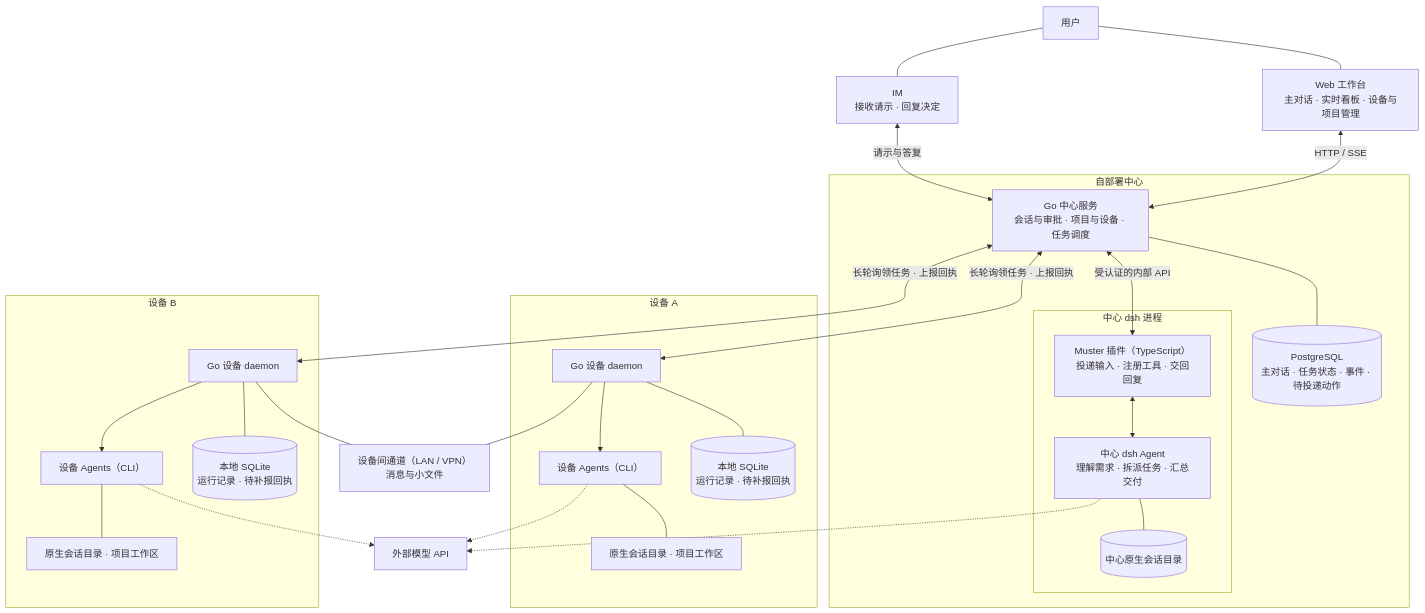
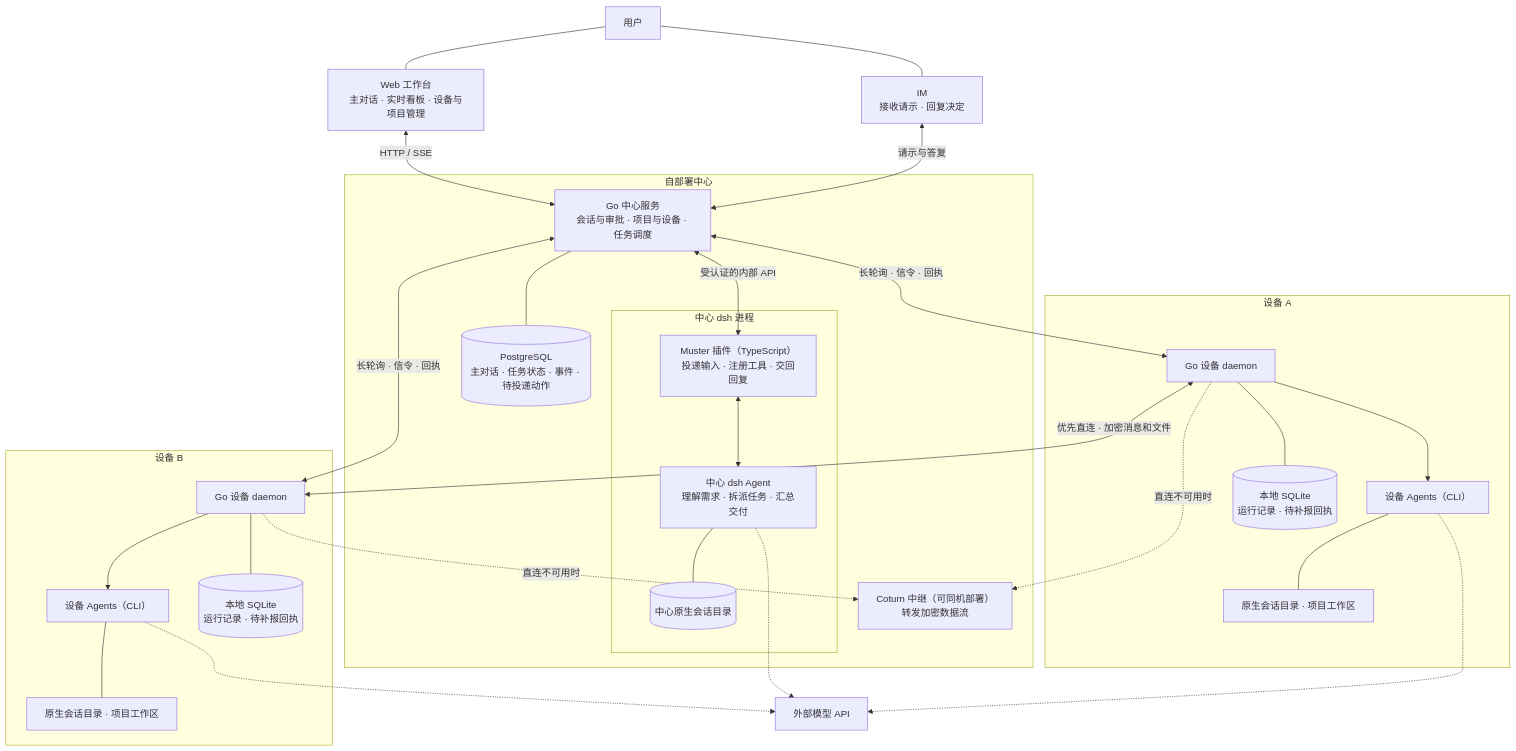
Before and after one commit to baiyucraft/agent-muster: the first of 3 diagrams in .docs/agent-muster-v0.1.md, drawn with Mermaid. The commit also changed other lines of this file and 31 other files, not shown here.

````diff
--- a/.docs/agent-muster-v0.1.md
+++ b/.docs/agent-muster-v0.1.md
@@ -46,56 +46,57 @@
 ```mermaid
 flowchart TB
     U["用户"]
     WEB["Web 工作台<br/>主对话 · 实时看板 · 设备与项目管理"]
     IM["IM<br/>接收请示 · 回复决定"]
     U --- WEB
     U --- IM
 
     subgraph SERVER["自部署中心"]
         HUB["Go 中心服务<br/>会话与审批 · 项目与设备 · 任务调度"]
         PG[("PostgreSQL<br/>主对话 · 任务状态 · 事件 · 待投递动作")]
+        TURN["Coturn 中继（可同机部署）<br/>转发加密数据流"]
         subgraph DSH["中心 dsh 进程"]
             PLUGIN["Muster 插件（TypeScript）<br/>投递输入 · 注册工具 · 交回回复"]
             CENTER["中心 dsh Agent<br/>理解需求 · 拆派任务 · 汇总交付"]
             SESSION[("中心原生会话目录")]
             PLUGIN <--> CENTER
             CENTER --- SESSION
         end
         HUB --- PG
         HUB <-->|受认证的内部 API| PLUGIN
     end
 
     WEB <-->|HTTP / SSE| HUB
     IM <-->|请示与答复| HUB
 
     subgraph A["设备 A"]
         DA["Go 设备 daemon"]
         AA["设备 Agents（CLI）"]
         LA[("本地 SQLite<br/>运行记录 · 待补报回执")]
         WA["原生会话目录 · 项目工作区"]
         DA --> AA
         DA --- LA
         AA --- WA
     end
 
     subgraph B["设备 B"]
         DB["Go 设备 daemon"]
         AB["设备 Agents（CLI）"]
         LB[("本地 SQLite<br/>运行记录 · 待补报回执")]
         WB["原生会话目录 · 项目工作区"]
         DB --> AB
         DB --- LB
         AB --- WB
     end
 
-    HUB <-->|长轮询领任务 · 上报回执| DA
-    HUB <-->|长轮询领任务 · 上报回执| DB
-    PEER["设备间通道（LAN / VPN）<br/>消息与小文件"]
-    DA --- PEER
-    DB --- PEER
+    HUB <-->|长轮询 · 信令 · 回执| DA
+    HUB <-->|长轮询 · 信令 · 回执| DB
+    DA <-->|优先直连 · 加密消息和文件| DB
+    DA -.->|直连不可用时| TURN
+    DB -.->|直连不可用时| TURN
 
     MODEL["外部模型 API"]
     CENTER -.-> MODEL
     AA -.-> MODEL
     AB -.-> MODEL
 ```
````
